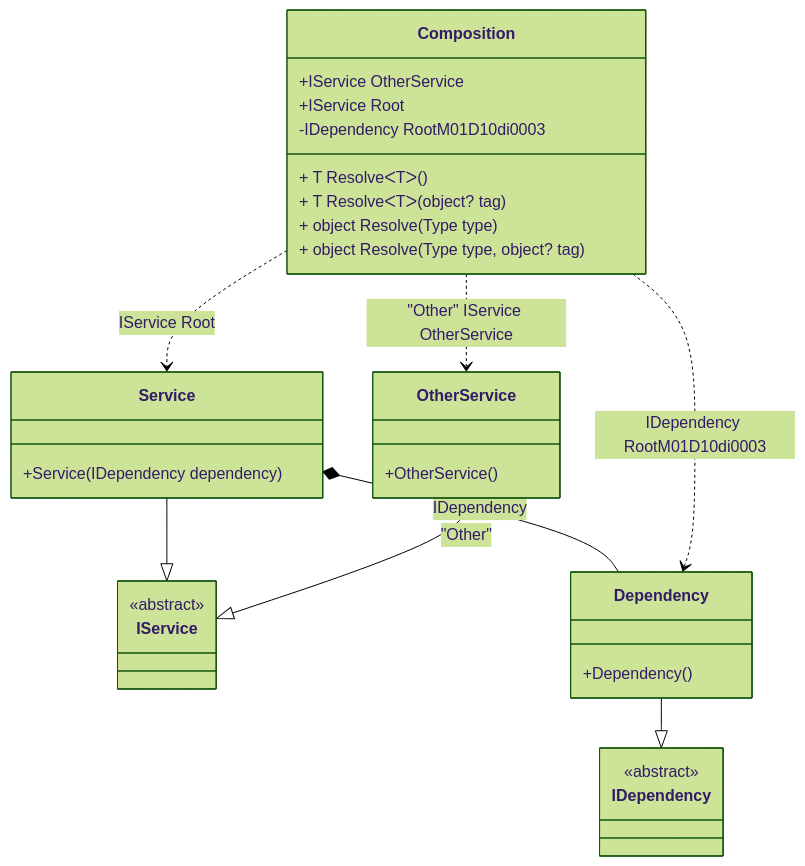
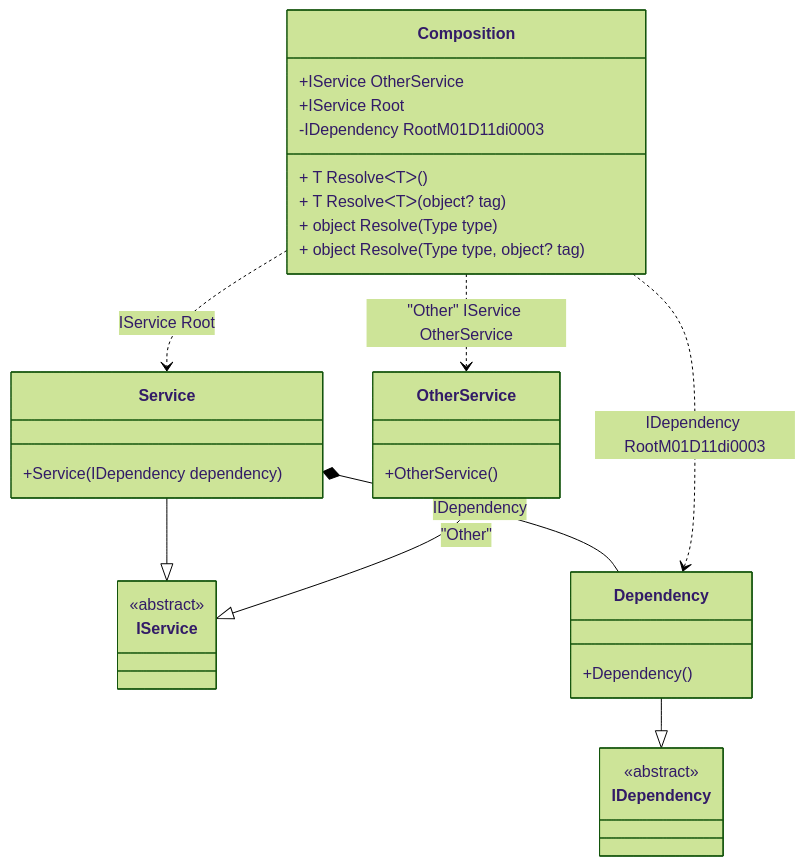
One commit to DevTeam/Pure.DI changed the diagram in readme/composition-roots.md. Above: the diagram before and after it, drawn with Mermaid (forest theme). The commit also changed other lines of this file and 103 other files, not shown here.

````diff
--- a/readme/composition-roots.md
+++ b/readme/composition-roots.md
@@ -43,34 +43,34 @@
 ```mermaid
 classDiagram
   class Composition {
     +IService OtherService
     +IService Root
-    -IDependency RootM01D10di0003
+    -IDependency RootM01D11di0003
     + T ResolveᐸTᐳ()
     + T ResolveᐸTᐳ(object? tag)
     + object Resolve(Type type)
     + object Resolve(Type type, object? tag)
   }
   Service --|> IService : 
   class Service {
     +Service(IDependency dependency)
   }
   OtherService --|> IService : "Other" 
   class OtherService {
     +OtherService()
   }
   Dependency --|> IDependency : 
   class Dependency {
     +Dependency()
   }
   class IService {
     <<abstract>>
   }
   class IDependency {
     <<abstract>>
   }
   Service *--  Dependency : IDependency
   Composition ..> Service : IService Root
   Composition ..> OtherService : "Other" IService OtherService
-  Composition ..> Dependency : IDependency RootM01D10di0003
+  Composition ..> Dependency : IDependency RootM01D11di0003
 ```
````
